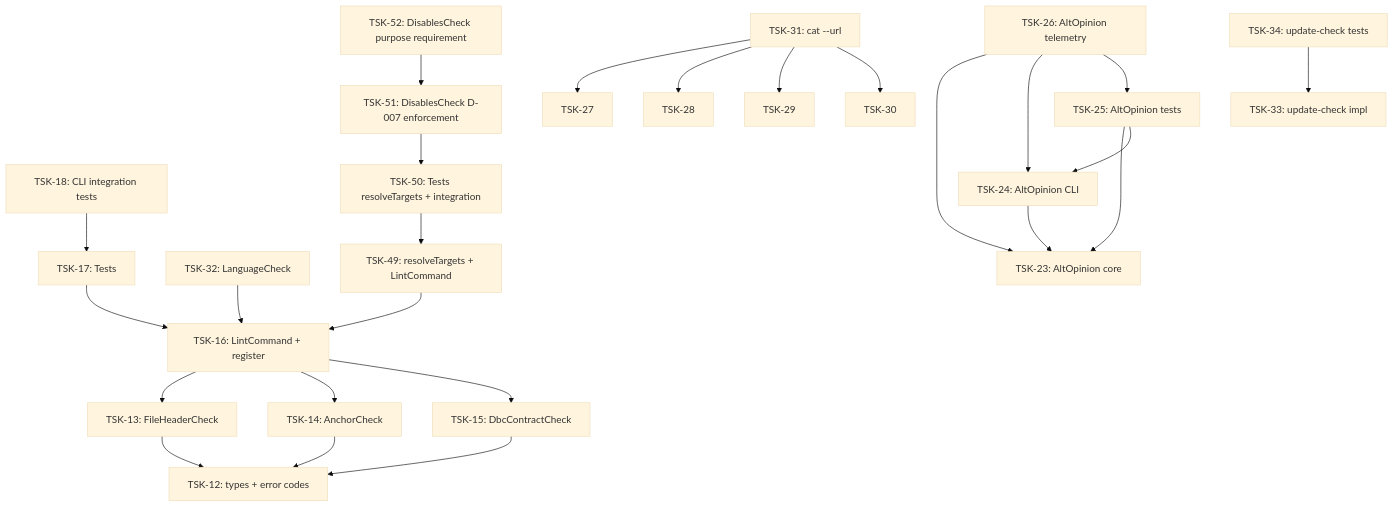
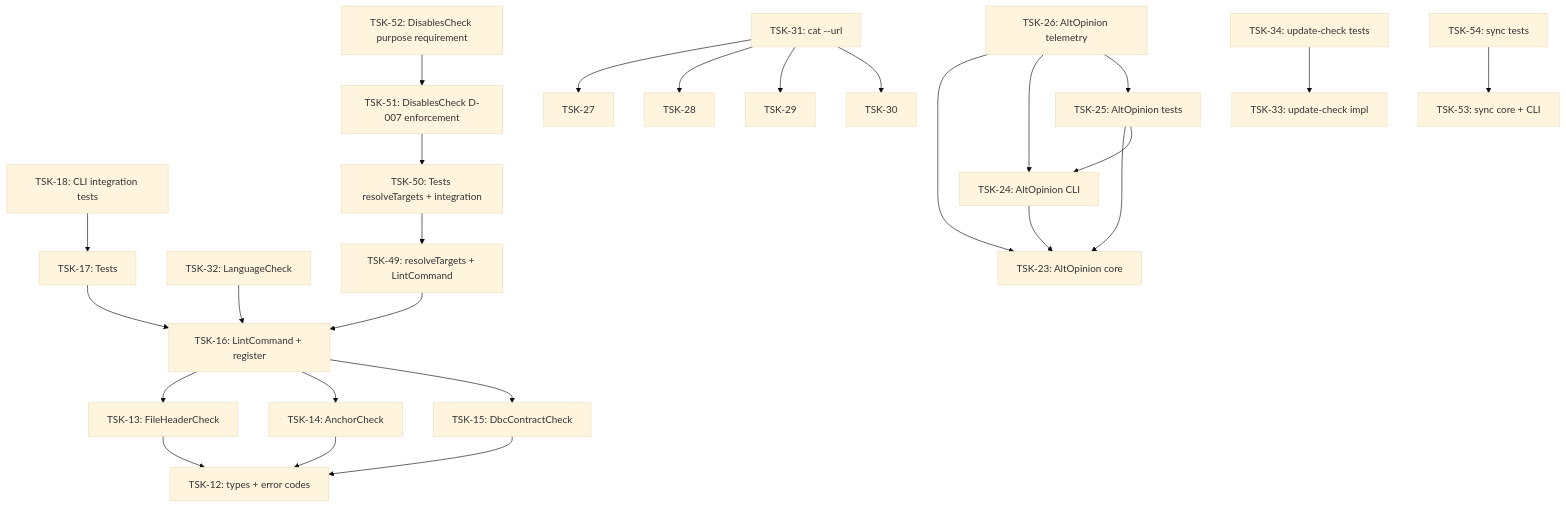
Before and after one commit to RubaXa/gennady: the diagram in tasks/cli/README.md, drawn with Mermaid (base theme). The commit also changed other lines of this file and 26 other files, not shown here.

First line of the commit message:
feat(cli): add sync command + fix build/tests

````diff
--- a/tasks/cli/README.md
+++ b/tasks/cli/README.md
@@ -31,46 +33,49 @@
 ```mermaid
 graph TD
     TSK-12[TSK-12: types + error codes]
     TSK-13[TSK-13: FileHeaderCheck]
     TSK-14[TSK-14: AnchorCheck]
     TSK-15[TSK-15: DbcContractCheck]
     TSK-16[TSK-16: LintCommand + register]
     TSK-17[TSK-17: Tests]
     TSK-13 --> TSK-12
     TSK-14 --> TSK-12
     TSK-15 --> TSK-12
     TSK-16 --> TSK-13
     TSK-16 --> TSK-14
     TSK-16 --> TSK-15
     TSK-17 --> TSK-16
     TSK-18[TSK-18: CLI integration tests]
     TSK-18 --> TSK-17
     TSK-32[TSK-32: LanguageCheck]
     TSK-32 --> TSK-16
     TSK-49[TSK-49: resolveTargets + LintCommand]
     TSK-49 --> TSK-16
     TSK-50[TSK-50: Tests resolveTargets + integration]
     TSK-50 --> TSK-49
     TSK-51[TSK-51: DisablesCheck D-007 enforcement]
     TSK-51 --> TSK-50
     TSK-52[TSK-52: DisablesCheck purpose requirement]
     TSK-52 --> TSK-51
     TSK-23[TSK-23: AltOpinion core]
     TSK-24[TSK-24: AltOpinion CLI]
     TSK-25[TSK-25: AltOpinion tests]
     TSK-24 --> TSK-23
     TSK-25 --> TSK-23
     TSK-25 --> TSK-24
     TSK-26[TSK-26: AltOpinion telemetry]
     TSK-26 --> TSK-23
     TSK-26 --> TSK-24
     TSK-26 --> TSK-25
     TSK-31[TSK-31: cat --url]
     TSK-31 --> TSK-27
     TSK-31 --> TSK-28
     TSK-31 --> TSK-29
     TSK-31 --> TSK-30
     TSK-33[TSK-33: update-check impl]
     TSK-34[TSK-34: update-check tests]
     TSK-34 --> TSK-33
+    TSK-53[TSK-53: sync core + CLI]
+    TSK-54[TSK-54: sync tests]
+    TSK-54 --> TSK-53
 ```
````
